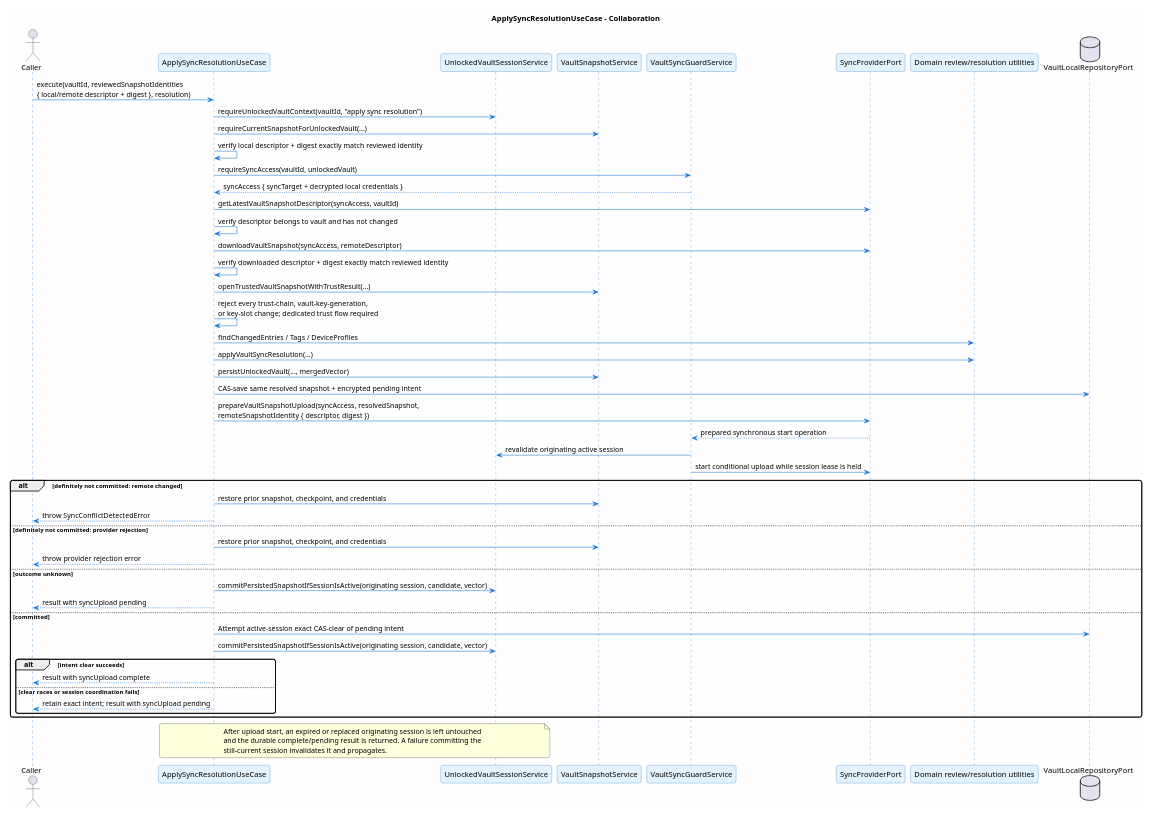
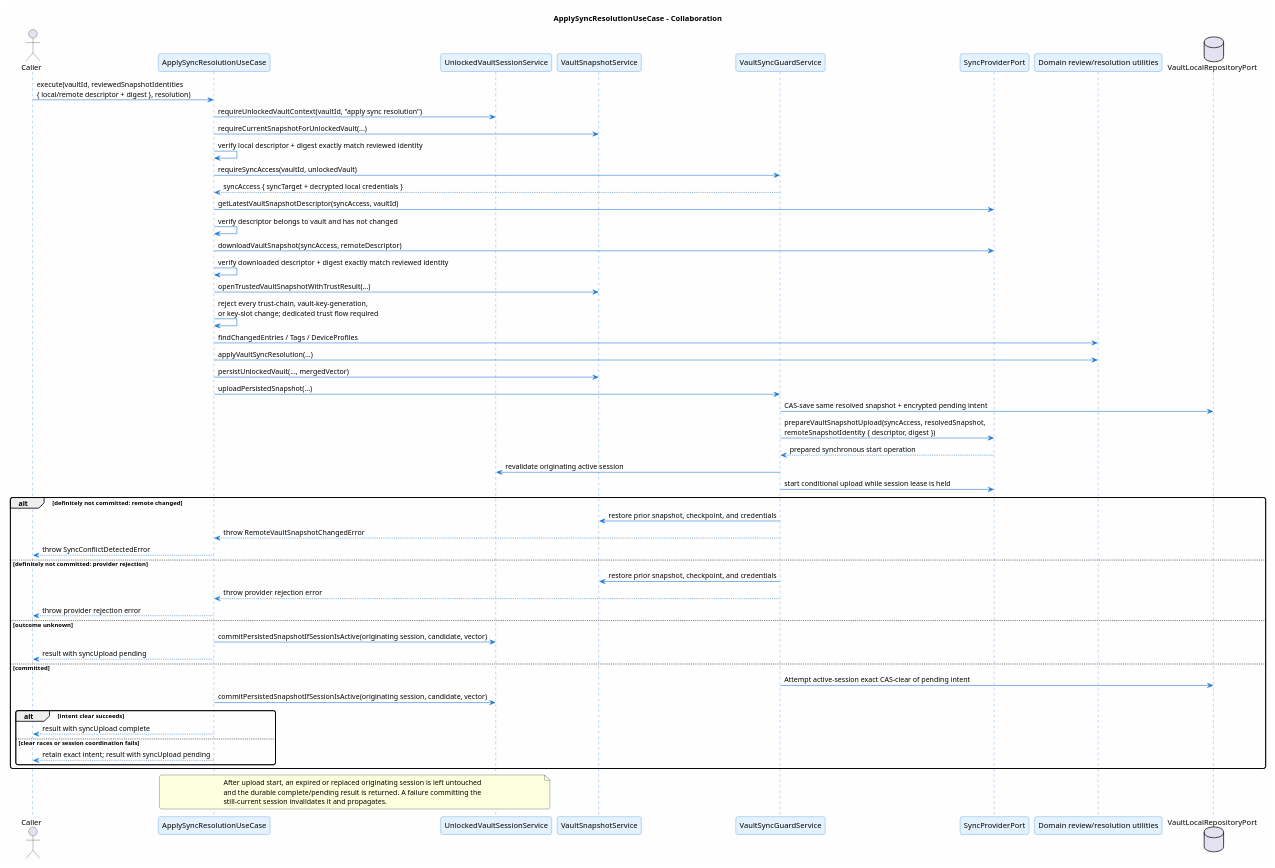
Before and after one commit to ArionStudio/engr-serverless-pm: the diagram in docs/v1/use-case/sync/apply-sync-resolution.sequence.puml, drawn with PlantUML. The commit also changed 15 other files, not shown here.

```diff
--- a/docs/v1/use-case/sync/apply-sync-resolution.sequence.puml
+++ b/docs/v1/use-case/sync/apply-sync-resolution.sequence.puml
@@ -1,68 +1,71 @@
 @startuml apply-sync-resolution-sequence
 title ApplySyncResolutionUseCase - Collaboration
 
 skinparam backgroundColor #FEFEFE
 skinparam roundcorner 8
 skinparam shadowing false
 skinparam sequence {
   ArrowColor #1976D2
   LifeLineBorderColor #1976D2
   ParticipantBackgroundColor #E3F2FD
   ParticipantBorderColor #1976D2
 }
 
 actor Caller
 participant "ApplySyncResolutionUseCase" as UC
 participant "UnlockedVaultSessionService" as Session
 participant "VaultSnapshotService" as Snapshot
 participant "VaultSyncGuardService" as Guard
 participant "SyncProviderPort" as Sync
 participant "Domain review/resolution utilities" as Domain
 database "VaultLocalRepositoryPort" as Local
 
 Caller -> UC : execute(vaultId, reviewedSnapshotIdentities\n{ local/remote descriptor + digest }, resolution)
 UC -> Session : requireUnlockedVaultContext(vaultId, "apply sync resolution")
 UC -> Snapshot : requireCurrentSnapshotForUnlockedVault(...)
 UC -> UC : verify local descriptor + digest exactly match reviewed identity
 UC -> Guard : requireSyncAccess(vaultId, unlockedVault)
 Guard --> UC : syncAccess { syncTarget + decrypted local credentials }
 UC -> Sync : getLatestVaultSnapshotDescriptor(syncAccess, vaultId)
 UC -> UC : verify descriptor belongs to vault and has not changed
 UC -> Sync : downloadVaultSnapshot(syncAccess, remoteDescriptor)
 UC -> UC : verify downloaded descriptor + digest exactly match reviewed identity
 UC -> Snapshot : openTrustedVaultSnapshotWithTrustResult(...)
 UC -> UC : reject every trust-chain, vault-key-generation,\nor key-slot change; dedicated trust flow required
 UC -> Domain : findChangedEntries / Tags / DeviceProfiles
 UC -> Domain : applyVaultSyncResolution(...)
 UC -> Snapshot : persistUnlockedVault(..., mergedVector)
-UC -> Local : CAS-save same resolved snapshot + encrypted pending intent
-UC -> Sync : prepareVaultSnapshotUpload(syncAccess, resolvedSnapshot,\nremoteSnapshotIdentity { descriptor, digest })
+UC -> Guard : uploadPersistedSnapshot(...)
+Guard -> Local : CAS-save same resolved snapshot + encrypted pending intent
+Guard -> Sync : prepareVaultSnapshotUpload(syncAccess, resolvedSnapshot,\nremoteSnapshotIdentity { descriptor, digest })
 Sync --> Guard : prepared synchronous start operation
 Guard -> Session : revalidate originating active session
 Guard -> Sync : start conditional upload while session lease is held
 alt definitely not committed: remote changed
-  UC -> Snapshot : restore prior snapshot, checkpoint, and credentials
+  Guard -> Snapshot : restore prior snapshot, checkpoint, and credentials
+  Guard --> UC : throw RemoteVaultSnapshotChangedError
   UC --> Caller : throw SyncConflictDetectedError
 else definitely not committed: provider rejection
-  UC -> Snapshot : restore prior snapshot, checkpoint, and credentials
+  Guard -> Snapshot : restore prior snapshot, checkpoint, and credentials
+  Guard --> UC : throw provider rejection error
   UC --> Caller : throw provider rejection error
 else outcome unknown
   UC -> Session : commitPersistedSnapshotIfSessionIsActive(originating session, candidate, vector)
   UC --> Caller : result with syncUpload pending
 else committed
-  UC -> Local : Attempt active-session exact CAS-clear of pending intent
+  Guard -> Local : Attempt active-session exact CAS-clear of pending intent
   UC -> Session : commitPersistedSnapshotIfSessionIsActive(originating session, candidate, vector)
   alt intent clear succeeds
     UC --> Caller : result with syncUpload complete
   else clear races or session coordination fails
     UC --> Caller : retain exact intent; result with syncUpload pending
   end
 end
 
 note over UC, Session
 After upload start, an expired or replaced originating session is left untouched
 and the durable complete/pending result is returned. A failure committing the
 still-current session invalidates it and propagates.
 end note
 
 @enduml
```
